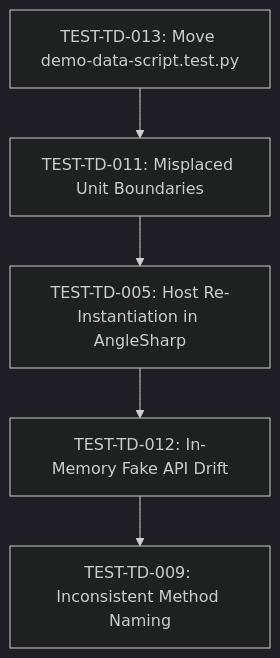
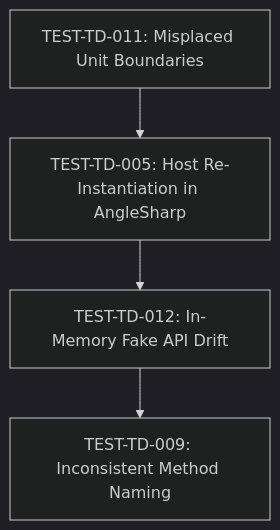
The diagram in docs/test-technical-debt-backlog.md (ColmKenna/Field-Sales), drawn with Mermaid (dark theme) before and after one commit. The commit also changed other lines of this file, not shown here.

Commit message:
docs: record TEST-TD-013 completion in test technical debt backlog

````diff
--- a/docs/test-technical-debt-backlog.md
+++ b/docs/test-technical-debt-backlog.md
@@ -87,7 +87,6 @@
 ```mermaid
 graph TD
-    A["TEST-TD-013: Move demo-data-script.test.py"] --> B["TEST-TD-011: Misplaced Unit Boundaries"]
-    B --> C["TEST-TD-005: Host Re-Instantiation in AngleSharp"]
-    C --> D["TEST-TD-012: In-Memory Fake API Drift"]
-    D --> E["TEST-TD-009: Inconsistent Method Naming"]
+    A["TEST-TD-011: Misplaced Unit Boundaries"] --> B["TEST-TD-005: Host Re-Instantiation in AngleSharp"]
+    B --> C["TEST-TD-012: In-Memory Fake API Drift"]
+    C --> D["TEST-TD-009: Inconsistent Method Naming"]
 ```
````
